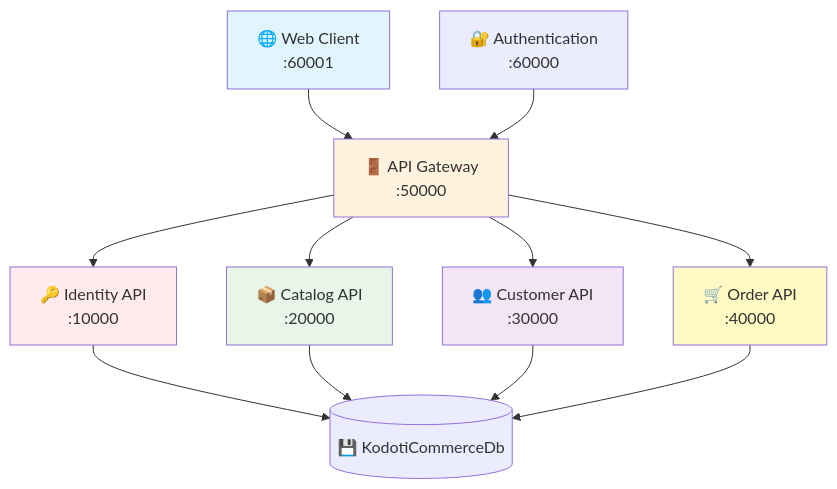
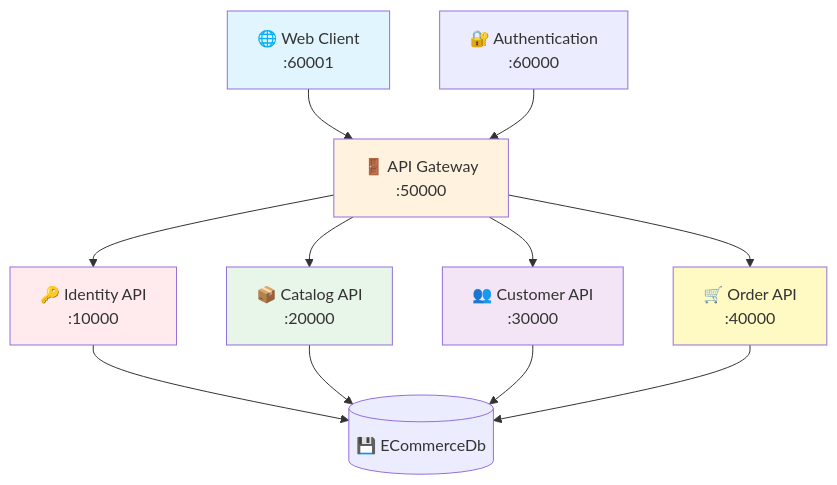
Before and after one commit to MiltonMolloja/ECommerceMicroserviceArchitecture: the third of 6 diagrams in DOCUMENTATION_INDEX.md, drawn with Mermaid. The commit also changed other lines of this file and 32 other files, not shown here.

````diff
--- a/DOCUMENTATION_INDEX.md
+++ b/DOCUMENTATION_INDEX.md
@@ -90,32 +90,32 @@
 ```mermaid
 graph TB
     Client[🌐 Web Client<br/>:60001]
     Auth[🔐 Authentication<br/>:60000]
     Gateway[🚪 API Gateway<br/>:50000]
     
     Identity[🔑 Identity API<br/>:10000]
     Catalog[📦 Catalog API<br/>:20000]
     Customer[👥 Customer API<br/>:30000]
     Order[🛒 Order API<br/>:40000]
     
-    DB[(💾 KodotiCommerceDb)]
+    DB[(💾 ECommerceDb)]
     
     Client --> Gateway
     Auth --> Gateway
     Gateway --> Identity
     Gateway --> Catalog
     Gateway --> Customer
     Gateway --> Order
     
     Identity --> DB
     Catalog --> DB
     Customer --> DB
     Order --> DB
     
     style Client fill:#e1f5ff
     style Gateway fill:#fff3e0
     style Identity fill:#ffebee
     style Catalog fill:#e8f5e9
     style Customer fill:#f3e5f5
     style Order fill:#fff9c4
 ```
````
